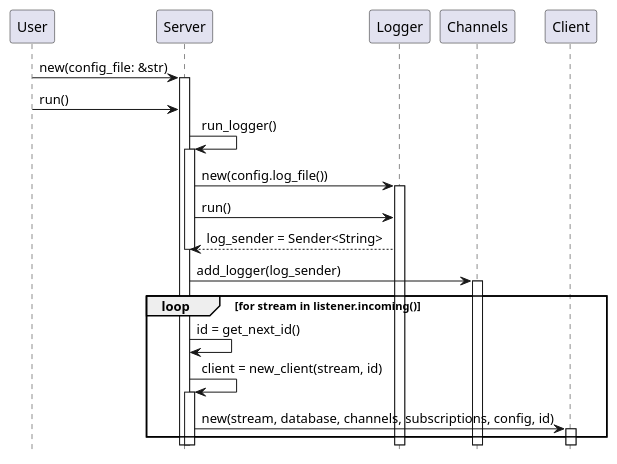
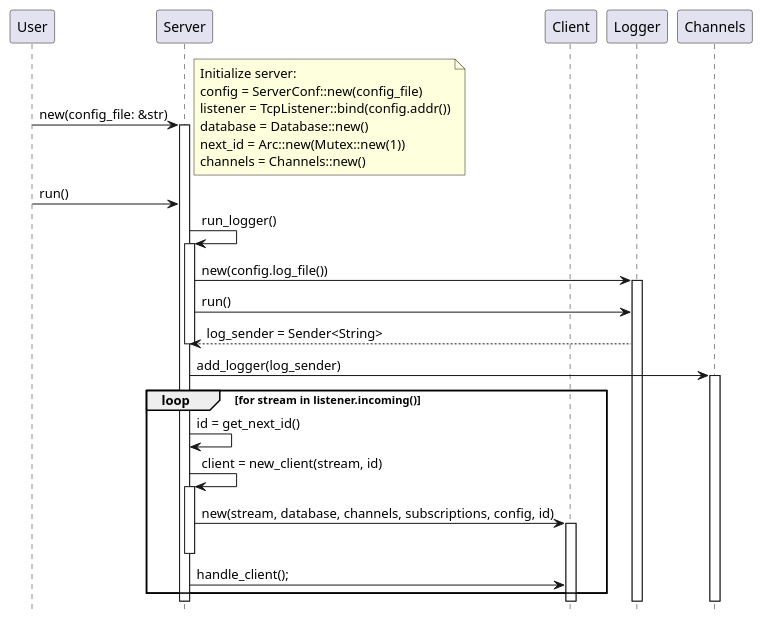
One commit to taller-1-fiuba-rust/21C1-OxidadosFC changed the diagram in src/Diagramas/start_redis.puml. Above: the diagram before and after it, drawn with PlantUML.

Commit message:
start redis done

```diff
--- a/src/Diagramas/start_redis.puml
+++ b/src/Diagramas/start_redis.puml
@@ -1,19 +1,28 @@
 @startuml start_redis
 hide footbox
+participant User order 10
+participant Server order 20
+participant Client order 30
+participant Logger order 40
+participant Channels order 50
+
 User -> Server ++: new(config_file: &str)
+note right: Initialize server:\nconfig = ServerConf::new(config_file)\nlistener = TcpListener::bind(config.addr())\ndatabase = Database::new()\nnext_id = Arc::new(Mutex::new(1))\nchannels = Channels::new()
 User -> Server: run()
 
 Server -> Server ++: run_logger()
 Server -> Logger ++: new(config.log_file())
 Server -> Logger : run()
 Logger --> Server: log_sender = Sender<String>
 deactivate Server
 
 Server -> Channels ++: add_logger(log_sender)
     loop for stream in listener.incoming()
         Server -> Server: id = get_next_id()
         Server -> Server ++: client = new_client(stream, id)
         Server -> Client ++: new(stream, database, channels, subscriptions, config, id)
+        deactivate Server
+        Server -> Client : handle_client();
     end
 
 @enduml
```
